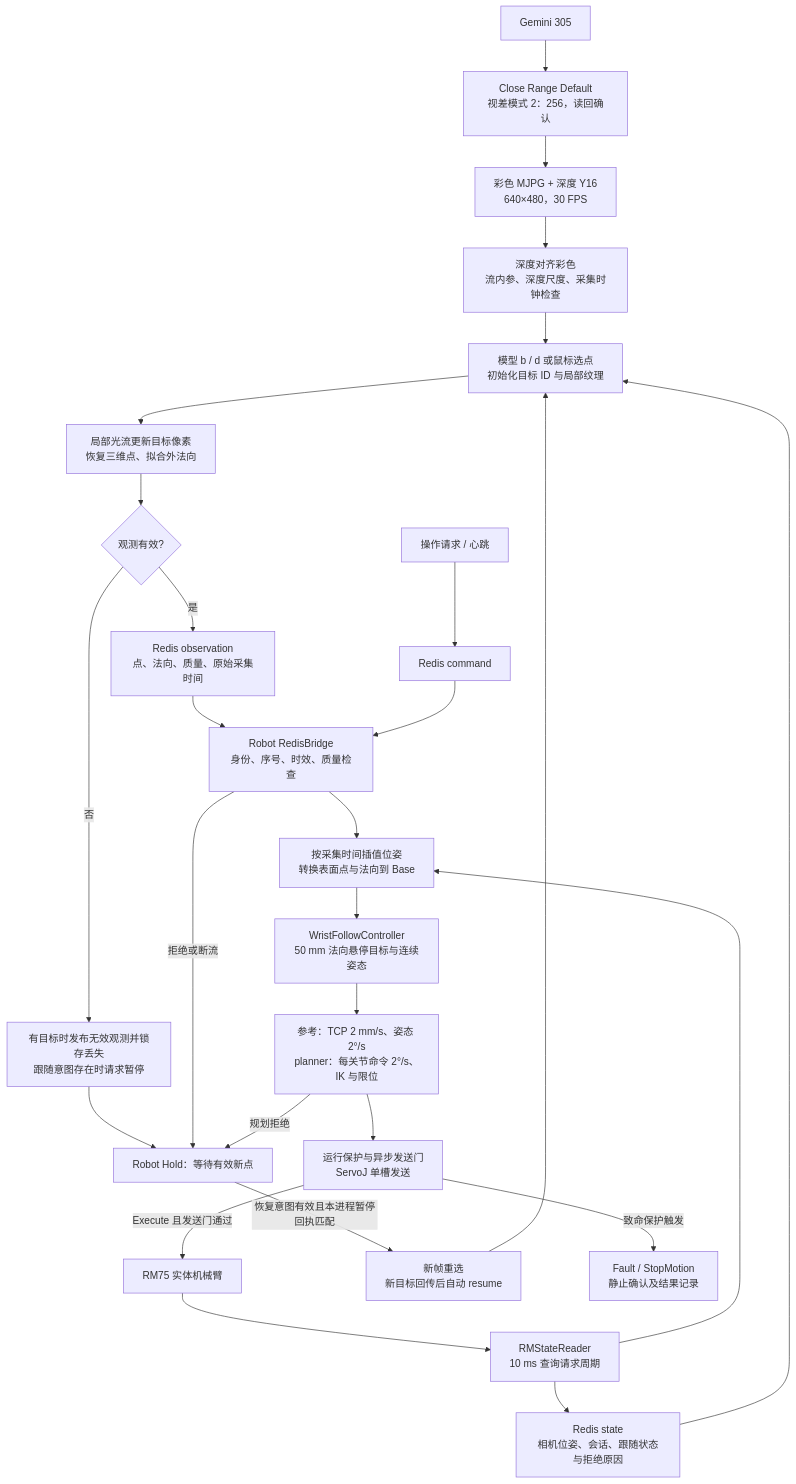
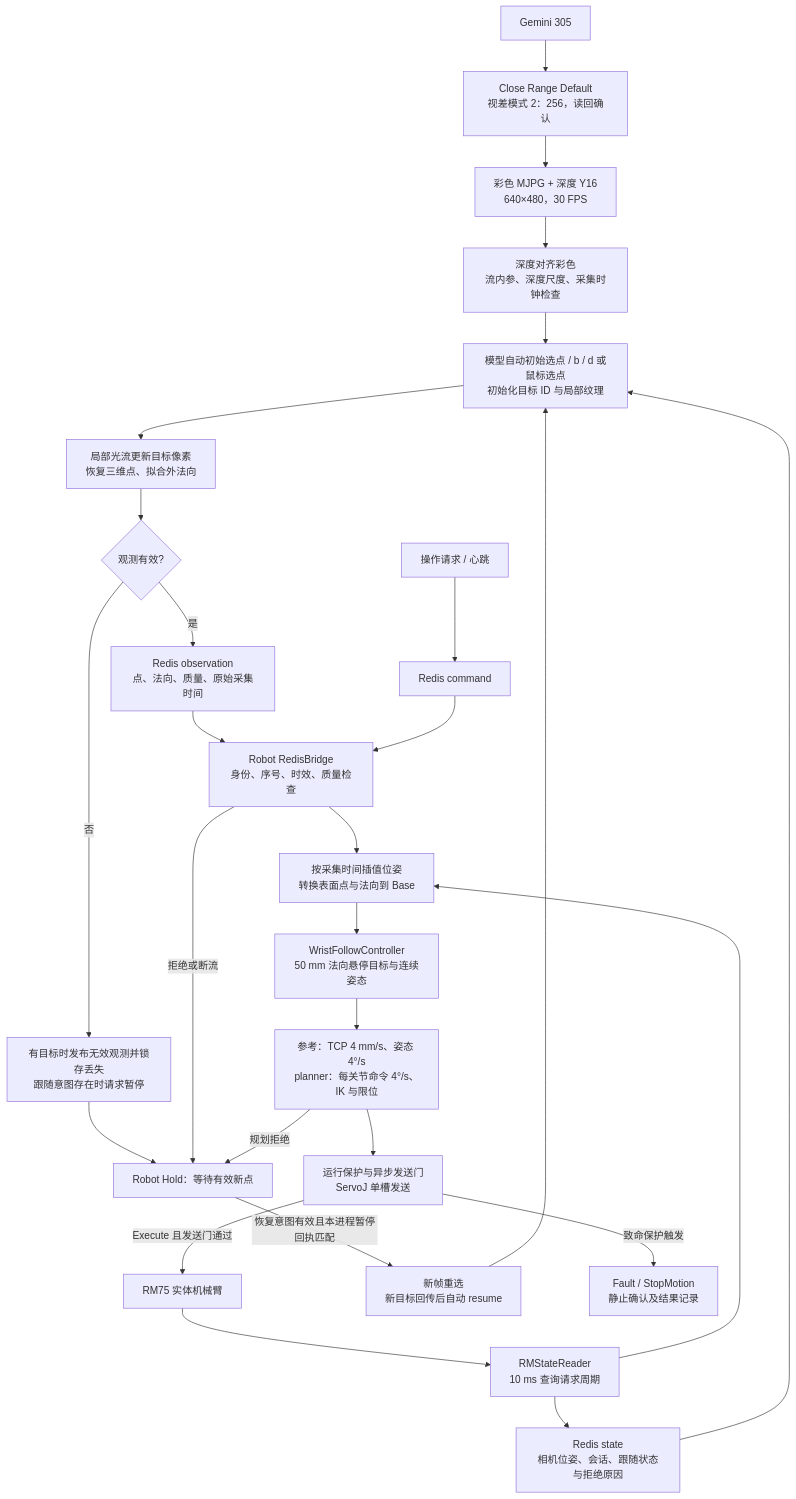
The second of 6 diagrams in infer/Camera_wrist/ARCHITECTURE.md (Sadstrawberrysc/cair-arm), drawn with Mermaid before and after one commit. The commit also changed other lines of this file and 57 other files, not shown here.

````diff
--- a/infer/Camera_wrist/ARCHITECTURE.md
+++ b/infer/Camera_wrist/ARCHITECTURE.md
@@ -124,29 +135,29 @@
 ```mermaid
 flowchart TD
     A["Gemini 305"] --> B["Close Range Default<br/>视差模式 2：256，读回确认"]
     B --> C["彩色 MJPG + 深度 Y16<br/>640×480，30 FPS"]
     C --> D["深度对齐彩色<br/>流内参、深度尺度、采集时钟检查"]
-    D --> E["模型 b / d 或鼠标选点<br/>初始化目标 ID 与局部纹理"]
+    D --> E["模型自动初始选点 / b / d 或鼠标选点<br/>初始化目标 ID 与局部纹理"]
     E --> F["局部光流更新目标像素<br/>恢复三维点、拟合外法向"]
     F --> G{"观测有效?"}
     G -->|是| O["Redis observation<br/>点、法向、质量、原始采集时间"]
     G -->|否| H["有目标时发布无效观测并锁存丢失<br/>跟随意图存在时请求暂停"]
     U["操作请求 / 心跳"] --> CMD["Redis command"]
     O --> R["Robot RedisBridge<br/>身份、序号、时效、质量检查"]
     CMD --> R
     R --> T["按采集时间插值位姿<br/>转换表面点与法向到 Base"]
     T --> W["WristFollowController<br/>50 mm 法向悬停目标与连续姿态"]
-    W --> P["参考：TCP 2 mm/s、姿态 2°/s<br/>planner：每关节命令 2°/s、IK 与限位"]
+    W --> P["参考：TCP 4 mm/s、姿态 4°/s<br/>planner：每关节命令 4°/s、IK 与限位"]
     P --> S["运行保护与异步发送门<br/>ServoJ 单槽发送"]
     S -->|Execute 且发送门通过| ARM["RM75 实体机械臂"]
     ARM --> ST["RMStateReader<br/>10 ms 查询请求周期"]
     ST --> T
     ST --> PUB["Redis state<br/>相机位姿、会话、跟随状态与拒绝原因"]
     PUB --> E
     H --> HOLD["Robot Hold：等待有效新点"]
     HOLD -->|恢复意图有效且本进程暂停回执匹配| AUTO["新帧重选<br/>新目标回传后自动 resume"]
     AUTO --> E
     R -->|拒绝或断流| HOLD
     P -->|规划拒绝| HOLD
     S -->|致命保护触发| STOP["Fault / StopMotion<br/>静止确认及结果记录"]
 ```
````
